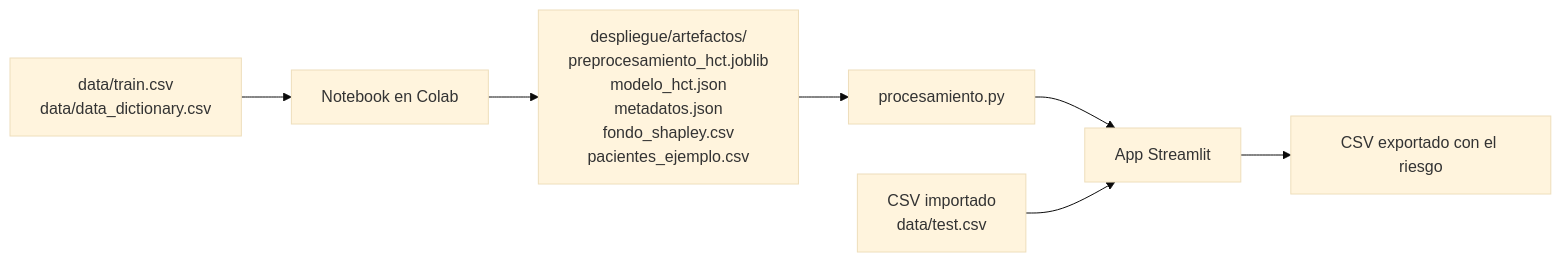
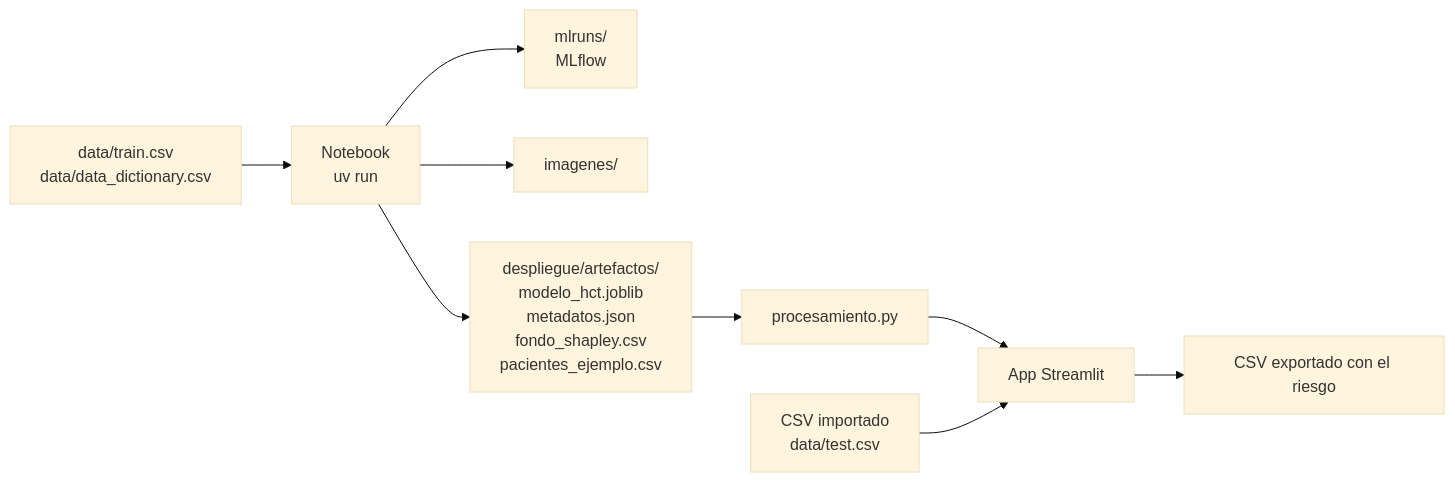
The diagram in README.md (ng0-k1/proyecto_hct_especializacion), drawn with Mermaid (base theme) before and after one commit. The commit also changed other lines of this file and 1 other file, not shown here.

````diff
--- a/README.md
+++ b/README.md
@@ -47,9 +51,11 @@
 ```mermaid
 flowchart LR
-    A[data/train.csv<br>data/data_dictionary.csv] --> B[Notebook en Colab]
-    B --> C[despliegue/artefactos/<br>preprocesamiento_hct.joblib<br>modelo_hct.json<br>metadatos.json<br>fondo_shapley.csv<br>pacientes_ejemplo.csv]
+    A[data/train.csv<br>data/data_dictionary.csv] --> B[Notebook<br>uv run]
+    B --> M[mlruns/<br>MLflow]
+    B --> I[imagenes/]
+    B --> C[despliegue/artefactos/<br>modelo_hct.joblib<br>metadatos.json<br>fondo_shapley.csv<br>pacientes_ejemplo.csv]
     C --> D[procesamiento.py]
     D --> E[App Streamlit]
     F[CSV importado<br>data/test.csv] --> E
     E --> G[CSV exportado con el riesgo]
 ```
````
